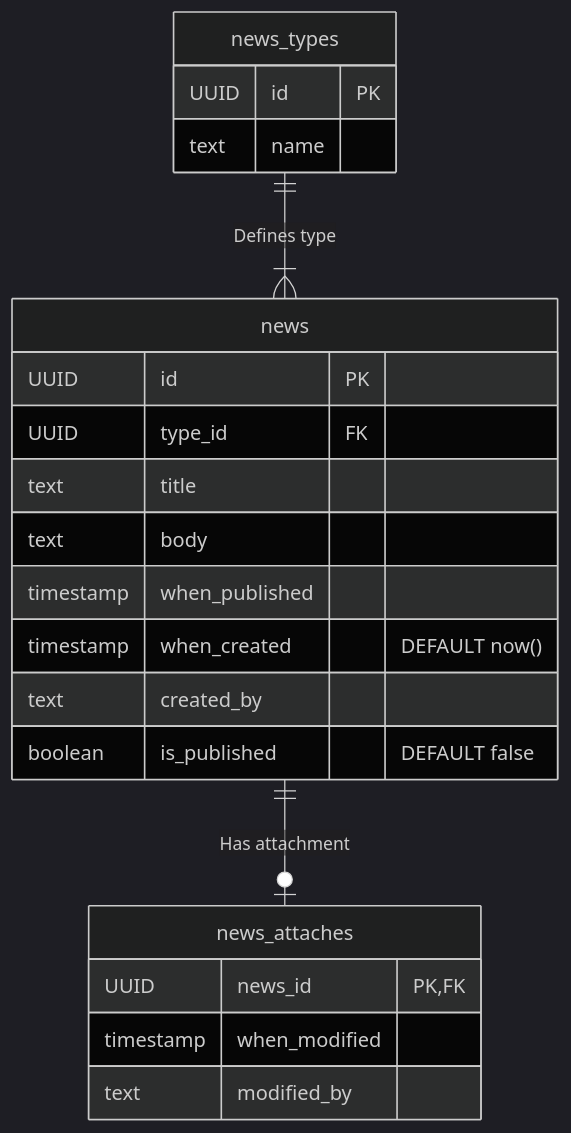
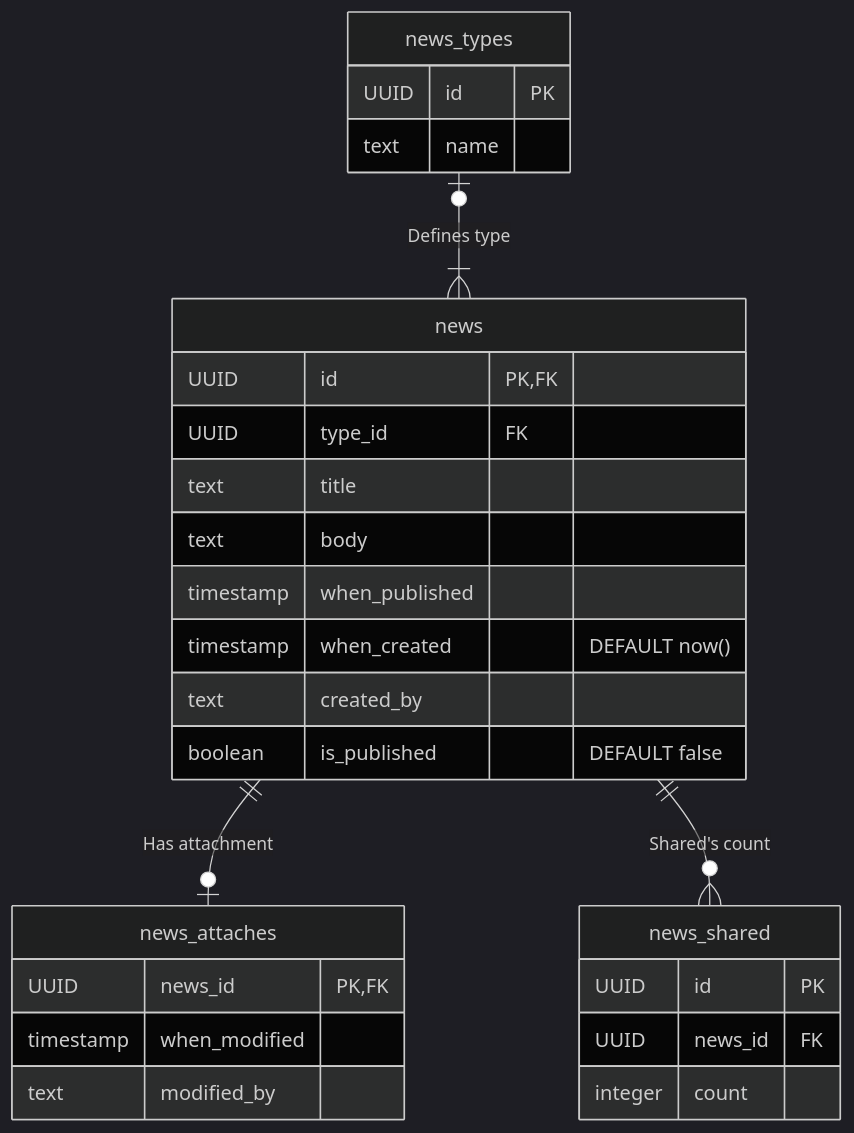
Before and after one commit to viktoriyakovl/viktoriyakovl: the diagram in my-portfolio/data-base/database.md, drawn with Mermaid (dark theme). The commit also changed other lines of this file, not shown here.

````diff
--- a/my-portfolio/data-base/database.md
+++ b/my-portfolio/data-base/database.md
@@ -43,27 +89,36 @@
 ```mermaid
+
 erDiagram
-    news_types ||--|{ news : "Defines type"
+    news_types |o--|{ news : "Defines type"
     news ||--o| news_attaches : "Has attachment"
+    news ||--o{ news_shared : "Shared's count"
 
     news_types {
         UUID id PK
         text name
     }
 
     news {
-        UUID id PK
+        UUID id PK, FK
         UUID type_id FK
         text title
         text body
         timestamp when_published
         timestamp when_created "DEFAULT now()"
         text created_by
         boolean is_published "DEFAULT false"
     }
 
     news_attaches {
         UUID news_id PK, FK
         timestamp when_modified
         text modified_by
     }
+
+    news_shared {
+        UUID id PK
+        UUID news_id FK
+        integer count
+    }
+
 ```
````
